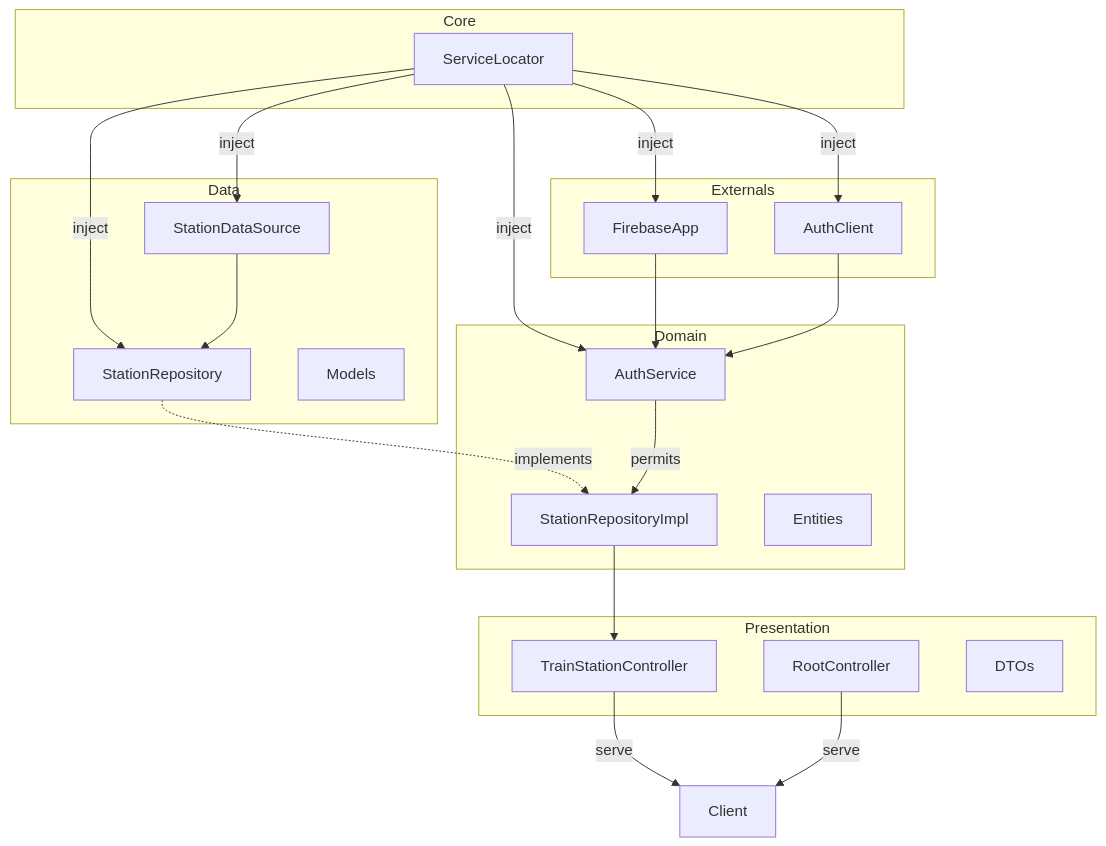
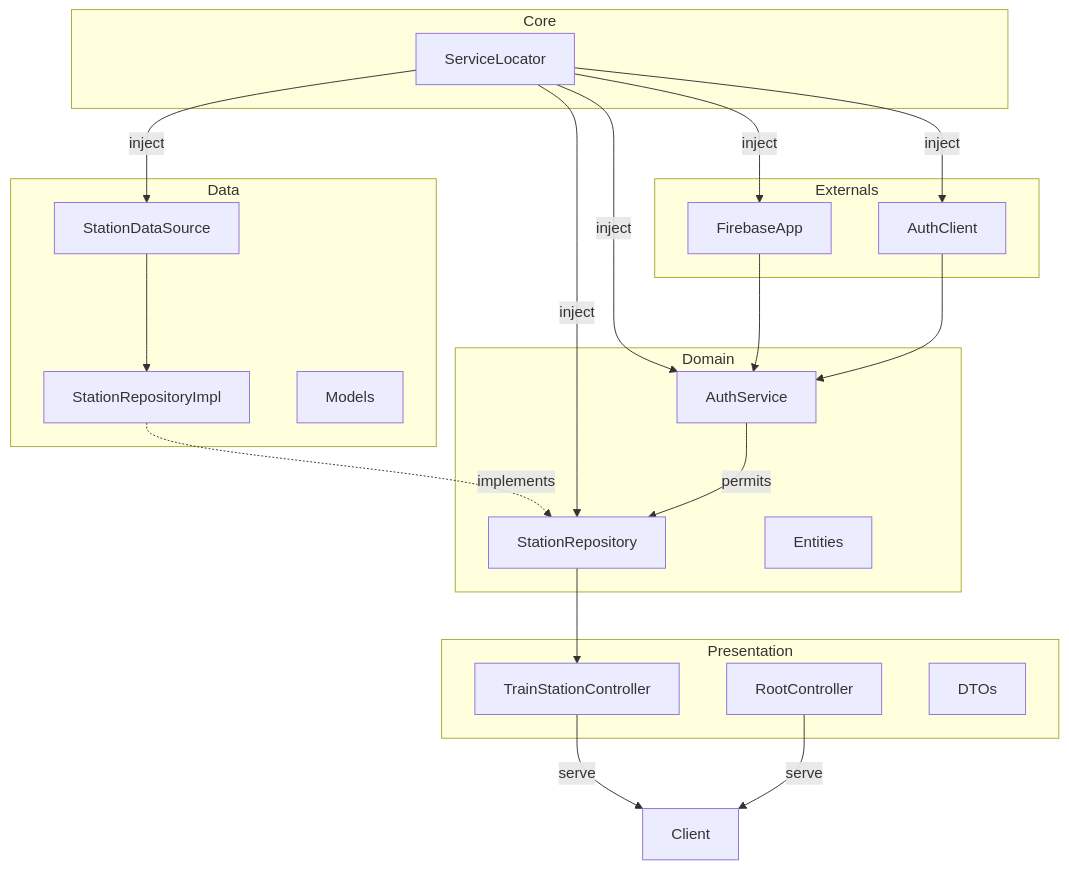
Before and after one commit to Darkness4/train-station: the diagram in assets/api-architecture.mermaid, drawn with Mermaid. The commit also changed 22 other files, not shown here.

```diff
--- a/assets/api-architecture.mermaid
+++ b/assets/api-architecture.mermaid
@@ -1,48 +1,48 @@
 graph TB
 
   ServiceLocator -- inject --> StationDataSource
   ServiceLocator -- inject --> StationRepository
   ServiceLocator -- inject --> AuthService
   ServiceLocator -- inject --> FirebaseApp
   ServiceLocator -- inject --> AuthClient
 
   subgraph "Externals"
     FirebaseApp
     AuthClient
   end
 
   FirebaseApp --> AuthService
   AuthClient --> AuthService
 
 	subgraph "Core"
     ServiceLocator
   end
 
   subgraph "Data"
     StationDataSource
-    StationRepository
+    StationRepositoryImpl
     Models
 
-    StationDataSource --> StationRepository
+    StationDataSource --> StationRepositoryImpl
   end
 
-  StationRepository -. implements .-> StationRepositoryImpl
+  StationRepositoryImpl -. implements .-> StationRepository
 
   subgraph "Domain"
-    AuthService -- permits --> StationRepositoryImpl
-    StationRepositoryImpl
+    AuthService -- permits --> StationRepository
+    StationRepository
 
     Entities
   end
 
-  StationRepositoryImpl --> TrainStationController
+  StationRepository --> TrainStationController
 
   subgraph "Presentation"
     TrainStationController
     RootController
 
     DTOs
   end
 
   TrainStationController -- serve --> Client
   RootController -- serve --> Client
```
